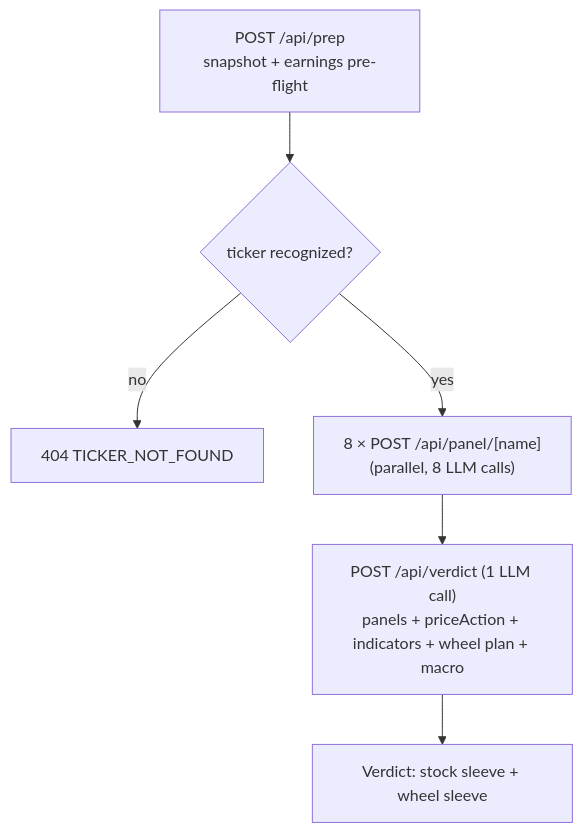
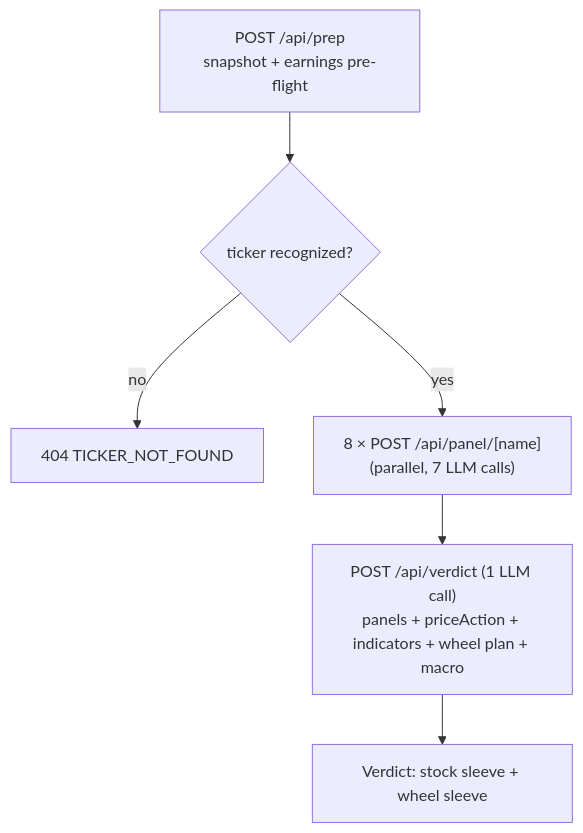
Before and after one commit to kaicong12/stock-analysis: the diagram in README.md, drawn with Mermaid. The commit also changed other lines of this file and 9 other files, not shown here.

First line of the commit message:
docs: rewrite README + CLAUDE.md against the current code, drop ROADMAP (#28)

````diff
--- a/README.md
+++ b/README.md
@@ -33,8 +36,8 @@
 ```mermaid
 flowchart TD
     A["POST /api/prep<br/>snapshot + earnings pre-flight"] --> S0{"ticker recognized?"}
     S0 -- no --> R["404 TICKER_NOT_FOUND"]
-    S0 -- yes --> S2["8 × POST /api/panel/[name]<br/>(parallel, 8 LLM calls)"]
+    S0 -- yes --> S2["8 × POST /api/panel/[name]<br/>(parallel, 7 LLM calls)"]
     S2 --> S3["POST /api/verdict (1 LLM call)<br/>panels + priceAction + indicators + wheel plan + macro"]
     S3 --> OUT["Verdict: stock sleeve + wheel sleeve"]
 ```
````
